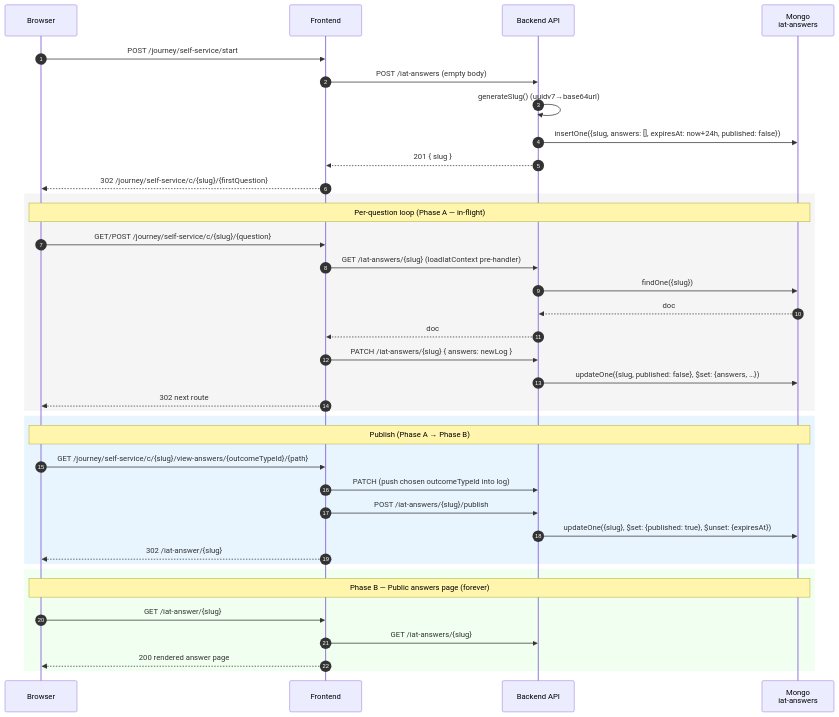
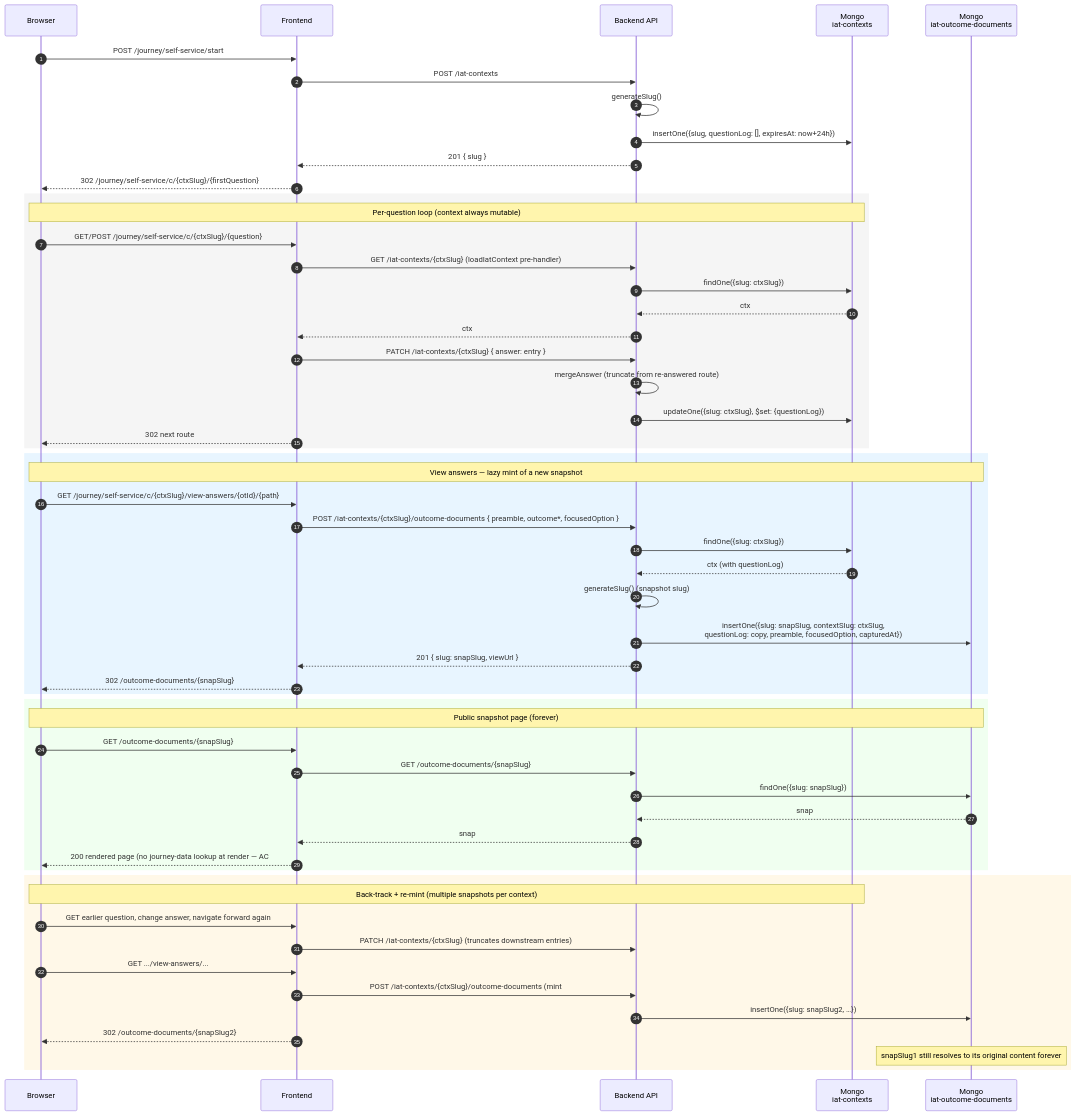
One commit to DEFRA/marine-licensing-frontend changed the first of 2 diagrams in src/server/journey/self-service/README.md. Above: the diagram before and after it, drawn with Mermaid. The commit also changed other lines of this file, not shown here.

First line of the commit message:
docs(ml-1306): rewrite IAT README for two-collection / immutable-snapshot model

````diff
--- a/src/server/journey/self-service/README.md
+++ b/src/server/journey/self-service/README.md
@@ -75,43 +101,62 @@
 ```mermaid
 sequenceDiagram
     autonumber
     participant B as Browser
     participant F as Frontend
     participant API as Backend API
-    participant M as Mongo<br/>iat-answers
+    participant MC as Mongo<br/>iat-contexts
+    participant MS as Mongo<br/>iat-outcome-documents
 
     B->>F: POST /journey/self-service/start
-    F->>API: POST /iat-answers (empty body)
-    API->>API: generateSlug() (uuidv7→base64url)
-    API->>M: insertOne({slug, answers: [], expiresAt: now+24h, published: false})
+    F->>API: POST /iat-contexts
+    API->>API: generateSlug()
+    API->>MC: insertOne({slug, questionLog: [], expiresAt: now+24h})
     API-->>F: 201 { slug }
-    F-->>B: 302 /journey/self-service/c/{slug}/{firstQuestion}
+    F-->>B: 302 /journey/self-service/c/{ctxSlug}/{firstQuestion}
 
     rect rgb(245,245,245)
-        note over B,M: Per-question loop (Phase A — in-flight)
-        B->>F: GET/POST /journey/self-service/c/{slug}/{question}
-        F->>API: GET /iat-answers/{slug}  (loadIatContext pre-handler)
-        API->>M: findOne({slug})
-        M-->>API: doc
-        API-->>F: doc
-        F->>API: PATCH /iat-answers/{slug} { answers: newLog }
-        API->>M: updateOne({slug, published: false}, $set: {answers, …})
+        note over B,MC: Per-question loop (context always mutable)
+        B->>F: GET/POST /journey/self-service/c/{ctxSlug}/{question}
+        F->>API: GET /iat-contexts/{ctxSlug}  (loadIatContext pre-handler)
+        API->>MC: findOne({slug: ctxSlug})
+        MC-->>API: ctx
+        API-->>F: ctx
+        F->>API: PATCH /iat-contexts/{ctxSlug} { answer: entry }
+        API->>API: mergeAnswer (truncate from re-answered route)
+        API->>MC: updateOne({slug: ctxSlug}, $set: {questionLog})
         F-->>B: 302 next route
     end
 
     rect rgb(232,245,255)
-        note over B,M: Publish (Phase A → Phase B)
-        B->>F: GET /journey/self-service/c/{slug}/view-answers/{outcomeTypeId}/{path}
-        F->>API: PATCH (push chosen outcomeTypeId into log)
-        F->>API: POST /iat-answers/{slug}/publish
-        API->>M: updateOne({slug}, $set: {published: true}, $unset: {expiresAt})
-        F-->>B: 302 /iat-answer/{slug}
+        note over B,MS: View answers — lazy mint of a new snapshot
+        B->>F: GET /journey/self-service/c/{ctxSlug}/view-answers/{otId}/{path}
+        F->>API: POST /iat-contexts/{ctxSlug}/outcome-documents { preamble, outcome*, focusedOption }
+        API->>MC: findOne({slug: ctxSlug})
+        MC-->>API: ctx (with questionLog)
+        API->>API: generateSlug() (snapshot slug)
+        API->>MS: insertOne({slug: snapSlug, contextSlug: ctxSlug,<br/>questionLog: copy, preamble, focusedOption, capturedAt})
+        API-->>F: 201 { slug: snapSlug, viewUrl }
+        F-->>B: 302 /outcome-documents/{snapSlug}
     end
 
     rect rgb(240,255,240)
-        note over B,M: Phase B — Public answers page (forever)
-        B->>F: GET /iat-answer/{slug}
-        F->>API: GET /iat-answers/{slug}
-        F-->>B: 200 rendered answer page
+        note over B,MS: Public snapshot page (forever)
+        B->>F: GET /outcome-documents/{snapSlug}
+        F->>API: GET /outcome-documents/{snapSlug}
+        API->>MS: findOne({slug: snapSlug})
+        MS-->>API: snap
+        API-->>F: snap
+        F-->>B: 200 rendered page (no journey-data lookup at render — AC#6)
+    end
+
+    rect rgb(255,248,232)
+        note over B,MC: Back-track + re-mint (multiple snapshots per context)
+        B->>F: GET earlier question, change answer, navigate forward again
+        F->>API: PATCH /iat-contexts/{ctxSlug}  (truncates downstream entries)
+        B->>F: GET .../view-answers/...
+        F->>API: POST /iat-contexts/{ctxSlug}/outcome-documents  (mint #2)
+        API->>MS: insertOne({slug: snapSlug2, …})
+        F-->>B: 302 /outcome-documents/{snapSlug2}
+        note over MS: snapSlug1 still resolves to its original content forever
     end
 ```
````
